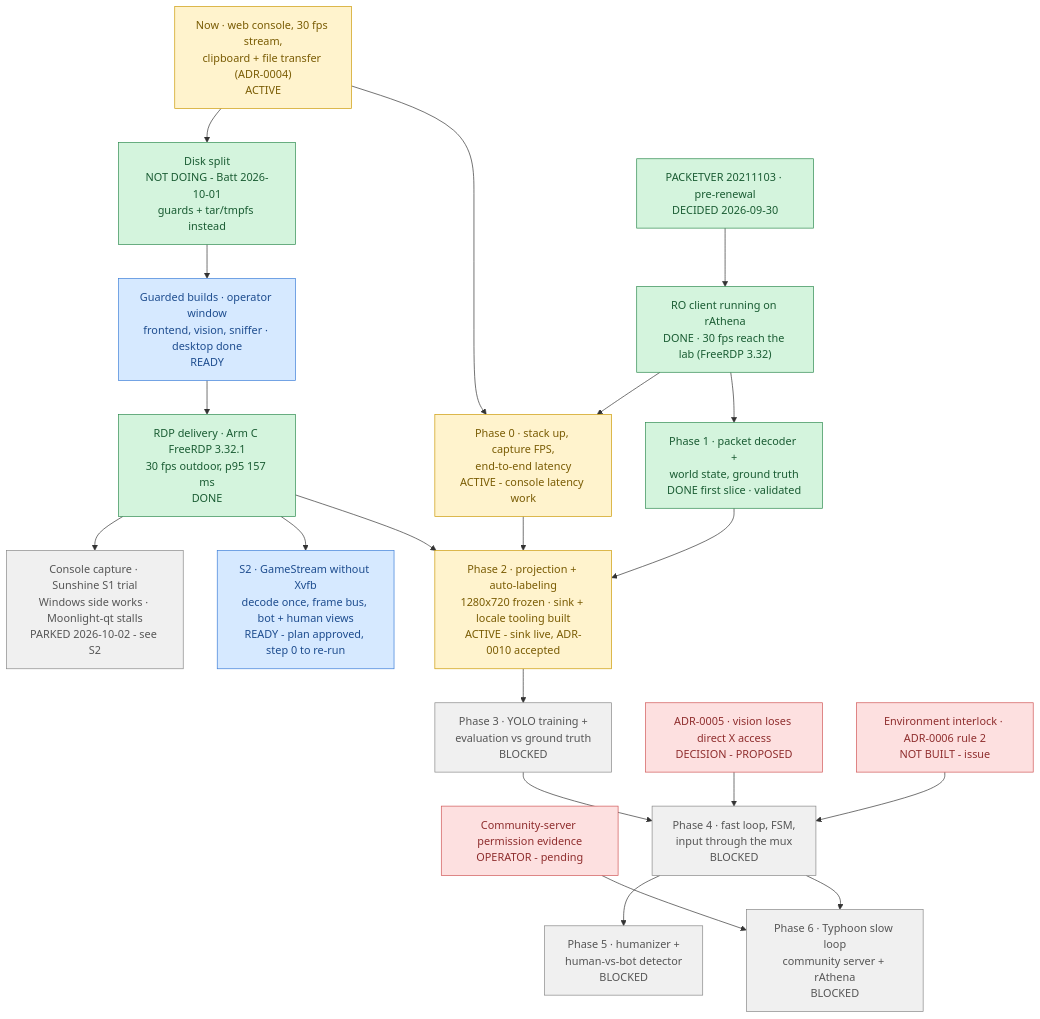
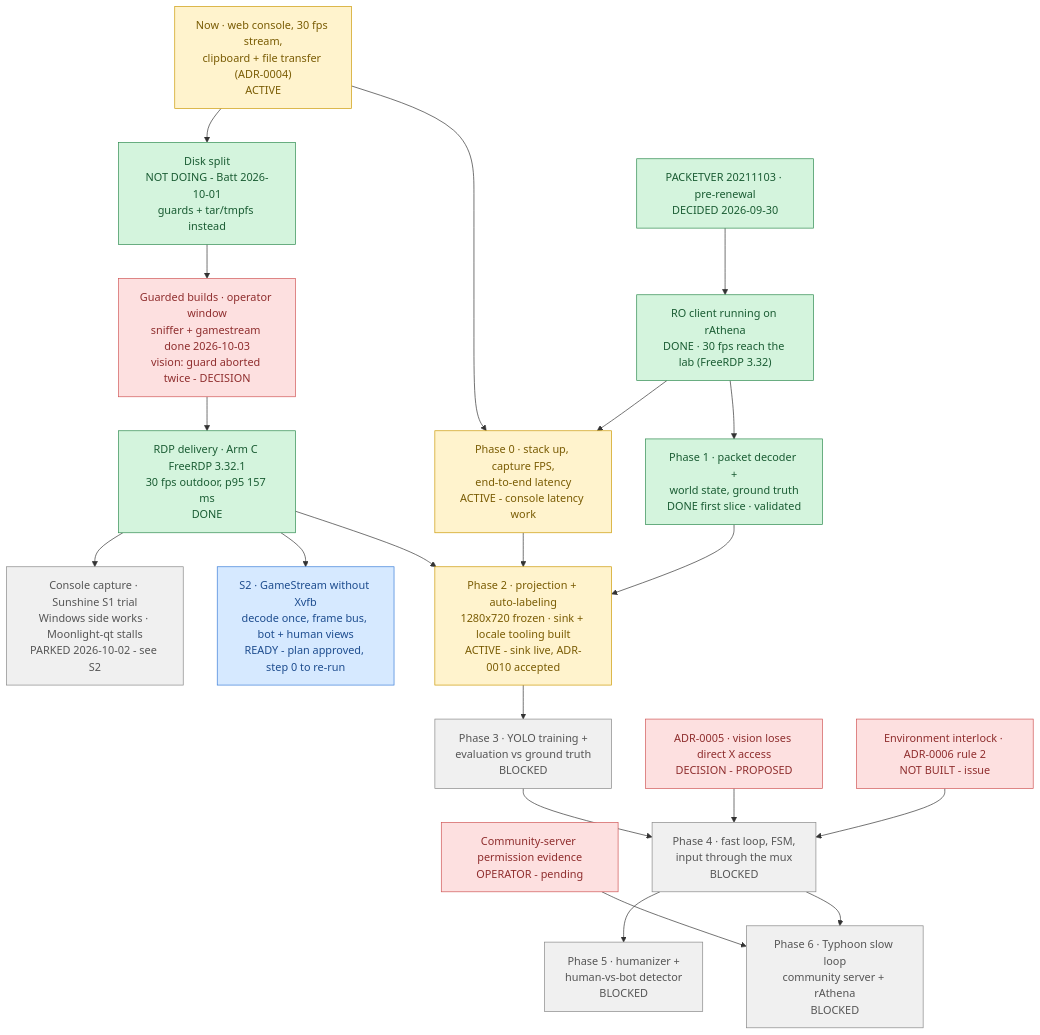
One commit to lumduan/poring-lab changed the diagram in docs/ROADMAP.md. Above: the diagram before and after it, drawn with Mermaid. The commit also changed other lines of this file, not shown here.

Commit message:
docs(roadmap): weekend builds -- sniffer + gamestream done, vision aborted twice, clean room ready
- Guarded builds:
  - the slim sniffer is live and the gamestream image has the variants;
  - vision ABORTED twice under the tolerant guard. 1st: quant-postgres
    27.9 % during the uv wheel install. 2nd: throttled, after settling;
    orderbook 61-99 % / postgres 38-52 % in the first 15 s, at the cuda
    base-image step. Per the rule: stopped, reported, Batt decides.
- S2: the clean room replaces step 0's re-run (the Mac is the fallback),
  and the step 1 spike is built as V3. It waits for Batt to schedule it.
- Phase 1: the slim sniffer blocker is gone.

Claude-Session: https://claude.ai/code/session_01HhaSQEF7ksdHyxgmJatUxT

````diff
--- a/docs/ROADMAP.md
+++ b/docs/ROADMAP.md
@@ -11,52 +11,52 @@
 ```mermaid
 flowchart TD
     N1["Now · web console, 30 fps stream,<br/>clipboard + file transfer (ADR-0004)<br/>ACTIVE"]
     N2["Disk split<br/>NOT DOING - Batt 2026-10-01<br/>guards + tar/tmpfs instead"]
-    N3["Guarded builds · operator window<br/>frontend, vision, sniffer · desktop done<br/>READY"]
+    N3["Guarded builds · operator window<br/>sniffer + gamestream done 2026-10-03<br/>vision: guard aborted twice - DECISION"]
     D1["PACKETVER 20211103 · pre-renewal<br/>DECIDED 2026-09-30"]
     S1["RO client running on rAthena<br/>DONE · 30 fps reach the lab (FreeRDP 3.32)"]
     D2["ADR-0005 · vision loses direct X access<br/>DECISION - PROPOSED"]
     D3["Environment interlock · ADR-0006 rule 2<br/>NOT BUILT - issue"]
     E1["Community-server permission evidence<br/>OPERATOR - pending"]
     P0["Phase 0 · stack up, capture FPS,<br/>end-to-end latency<br/>ACTIVE - console latency work"]
     P1["Phase 1 · packet decoder +<br/>world state, ground truth<br/>DONE first slice · validated"]
     H1["RDP delivery · Arm C FreeRDP 3.32.1<br/>30 fps outdoor, p95 157 ms<br/>DONE"]
     C1["Console capture · Sunshine S1 trial<br/>Windows side works · Moonlight-qt stalls<br/>PARKED 2026-10-02 - see S2"]
     S2["S2 · GameStream without Xvfb<br/>decode once, frame bus, bot + human views<br/>READY - plan approved, step 0 to re-run"]
     P2["Phase 2 · projection + auto-labeling<br/>1280x720 frozen · sink + locale tooling built<br/>ACTIVE - sink live, ADR-0010 accepted"]
     P3["Phase 3 · YOLO training +<br/>evaluation vs ground truth<br/>BLOCKED"]
     P4["Phase 4 · fast loop, FSM,<br/>input through the mux<br/>BLOCKED"]
     P5["Phase 5 · humanizer +<br/>human-vs-bot detector<br/>BLOCKED"]
     P6["Phase 6 · Typhoon slow loop<br/>community server + rAthena<br/>BLOCKED"]
 
     N1 --> N2 --> N3
     N3 --> H1
     H1 --> C1
     H1 --> S2
     H1 --> P2
     D1 --> S1
     N1 --> P0
     S1 --> P0
     S1 --> P1
     P0 --> P2
     P1 --> P2
     P2 --> P3 --> P4
     D2 --> P4
     D3 --> P4
     E1 --> P6
     P4 --> P5
     P4 --> P6
 
     classDef done     fill:#d4f4dd,stroke:#2d8a4e,color:#1a5c33
     classDef active   fill:#fff3cd,stroke:#cc9a06,color:#7a5c04
     classDef ready    fill:#d6e9ff,stroke:#3b7dd8,color:#1e4d8f
     classDef blocked  fill:#f0f0f0,stroke:#888,color:#555
     classDef decision fill:#fde0e0,stroke:#d05555,color:#8f2e2e
     classDef goal     fill:#ede0fb,stroke:#8a5cd8,color:#4d2e8f
 
     class D1,S1,P1,N2,H1 done
     class N1,P0,P2 active
-    class N3,S2 ready
-    class D2,D3,E1 decision
+    class S2 ready
+    class D2,D3,E1,N3 decision
     class P3,P4,P5,P6,C1 blocked
 ```
````
